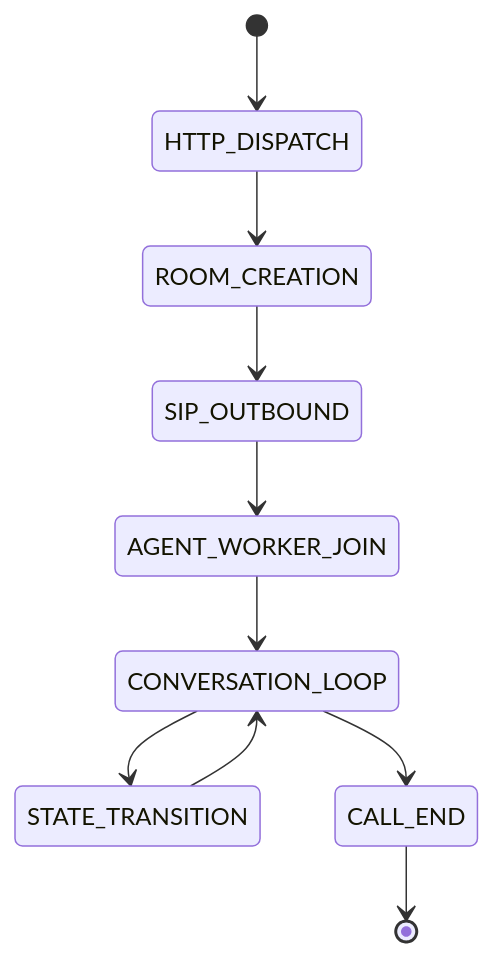
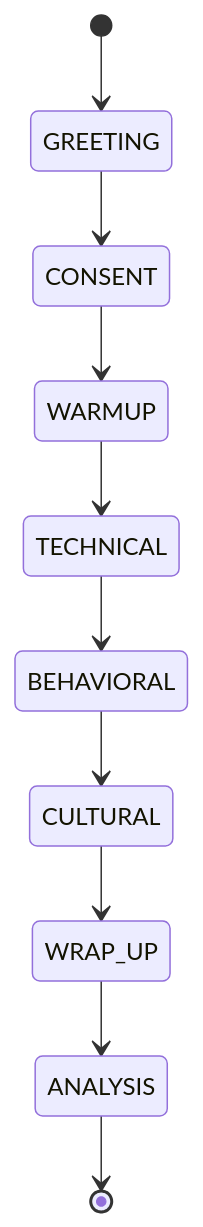
The eighth of 17 diagrams in .qoder/repowiki/en/content/Advanced Topics/Voice Agent Conversation System.md (Revanththetalogics/aireume), drawn with Mermaid before and after one commit. The commit also changed other lines of this file and 47 other files, not shown here.

````diff
--- a/.qoder/repowiki/en/content/Advanced Topics/Voice Agent Conversation System.md
+++ b/.qoder/repowiki/en/content/Advanced Topics/Voice Agent Conversation System.md
@@ -315,12 +408,12 @@
 ```mermaid
 stateDiagram-v2
-[*] --> HTTP_DISPATCH
-HTTP_DISPATCH --> ROOM_CREATION
-ROOM_CREATION --> SIP_OUTBOUND
-SIP_OUTBOUND --> AGENT_WORKER_JOIN
-AGENT_WORKER_JOIN --> CONVERSATION_LOOP
-CONVERSATION_LOOP --> STATE_TRANSITION
-STATE_TRANSITION --> CONVERSATION_LOOP
-CONVERSATION_LOOP --> CALL_END
-CALL_END --> [*]
+[*] --> GREETING
+GREETING --> CONSENT
+CONSENT --> WARMUP
+WARMUP --> TECHNICAL
+TECHNICAL --> BEHAVIORAL
+BEHAVIORAL --> CULTURAL
+CULTURAL --> WRAP_UP
+WRAP_UP --> ANALYSIS
+ANALYSIS --> [*]
 ```
````
